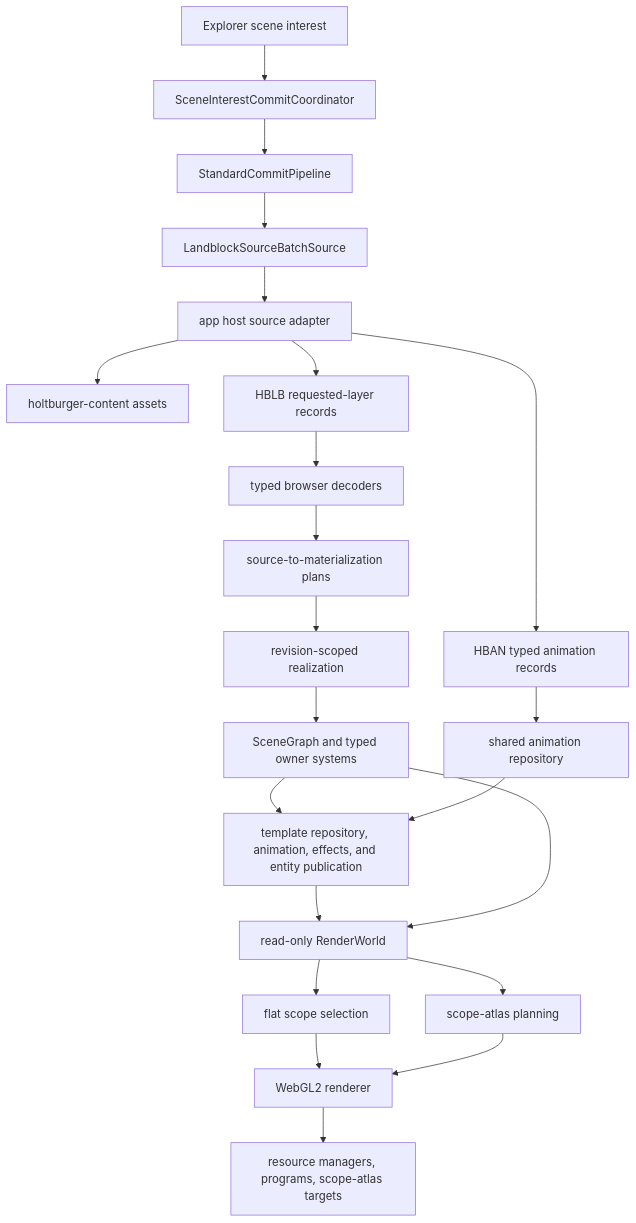
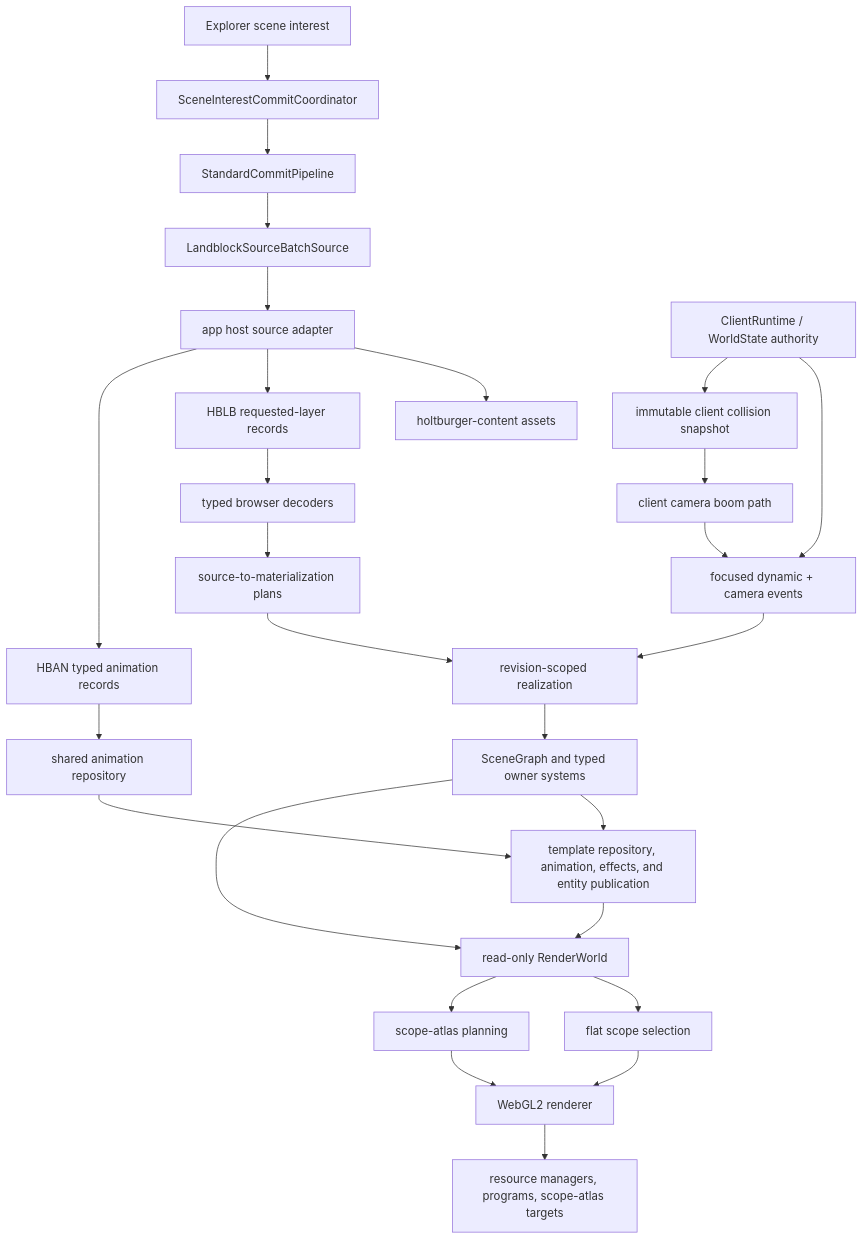
Before and after one commit to merklejerk/holtburger: the first of 2 diagrams in apps/holtburger-3d/ARCHITECTURE_AUDIT.md, drawn with Mermaid. The commit also changed other lines of this file and 131 other files, not shown here.

````diff
--- a/apps/holtburger-3d/ARCHITECTURE_AUDIT.md
+++ b/apps/holtburger-3d/ARCHITECTURE_AUDIT.md
@@ -26,24 +31,29 @@
 ```mermaid
 flowchart TD
     Interest[Explorer scene interest] --> Coordinator[SceneInterestCommitCoordinator]
     Coordinator --> Pipeline[StandardCommitPipeline]
     Pipeline --> Batch[LandblockSourceBatchSource]
     Batch --> Host[app host source adapter]
     Host --> Content[holtburger-content assets]
     Host --> HBLB[HBLB requested-layer records]
     HBLB --> Decode[typed browser decoders]
     Decode --> Materialize[source-to-materialization plans]
     Materialize --> Realize[revision-scoped realization]
     Realize --> Systems[SceneGraph and typed owner systems]
     Host --> HBAN[HBAN typed animation records]
     HBAN --> AnimRepo[shared animation repository]
     Systems --> Dynamic[template repository, animation, effects, and entity publication]
     AnimRepo --> Dynamic
     Dynamic --> World
     Systems --> World[read-only RenderWorld]
     World --> Flat[flat scope selection]
     World --> Portal[scope-atlas planning]
     Flat --> Renderer[WebGL2 renderer]
     Portal --> Renderer
     Renderer --> Device[resource managers, programs, scope-atlas targets]
+    Client[ClientRuntime / WorldState authority] --> ClientFeed[focused dynamic + camera events]
+    ClientFeed --> Realize
+    Client --> ClientCollision[immutable client collision snapshot]
+    ClientCollision --> ClientCamera[client camera boom path]
+    ClientCamera --> ClientFeed
 ```
````
